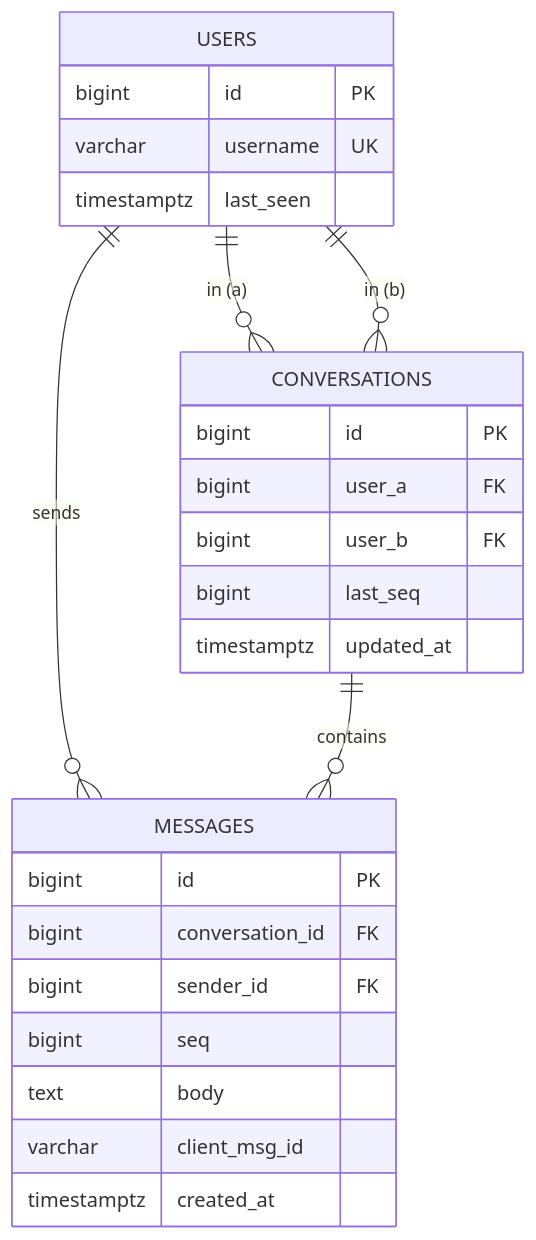
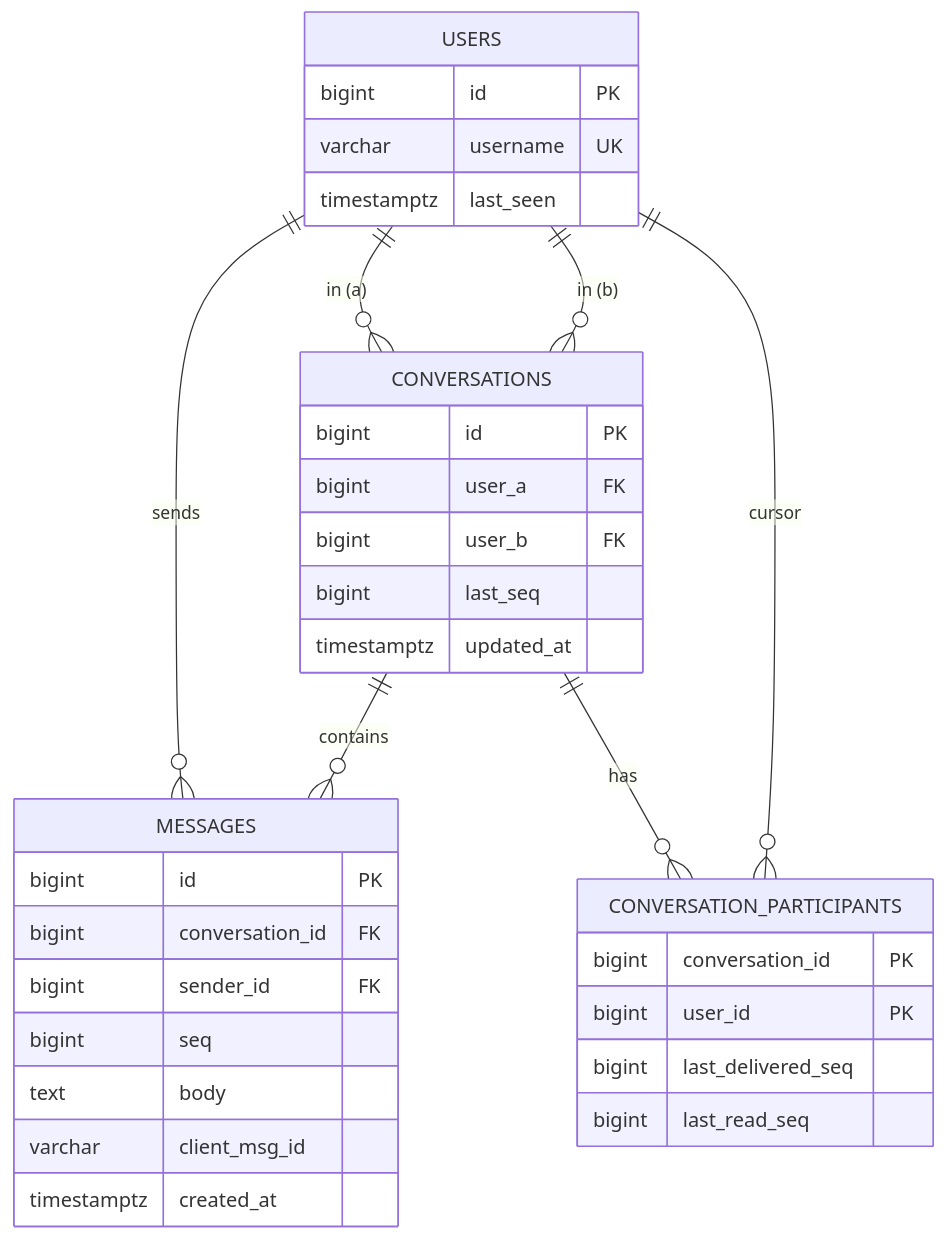
Before and after one commit to psquared-dev/java-questions: the first of 4 diagrams in system-design/new/04. whatsapp.md, drawn with Mermaid. The commit also changed other lines of this file, not shown here.

````diff
--- a/system-design/new/04. whatsapp.md
+++ b/system-design/new/04. whatsapp.md
@@ -102,29 +103,37 @@
 ```mermaid
 erDiagram
     USERS ||--o{ CONVERSATIONS: "in (a)"
     USERS ||--o{ CONVERSATIONS: "in (b)"
     USERS ||--o{ MESSAGES: sends
     CONVERSATIONS ||--o{ MESSAGES: contains
+    CONVERSATIONS ||--o{ CONVERSATION_PARTICIPANTS: has
+    USERS ||--o{ CONVERSATION_PARTICIPANTS: cursor
 
     USERS {
         bigint id PK
         varchar username UK
         timestamptz last_seen
     }
     CONVERSATIONS {
         bigint id PK
         bigint user_a FK
         bigint user_b FK
         bigint last_seq
         timestamptz updated_at
     }
     MESSAGES {
         bigint id PK
         bigint conversation_id FK
         bigint sender_id FK
         bigint seq
         text body
         varchar client_msg_id
         timestamptz created_at
     }
+    CONVERSATION_PARTICIPANTS {
+        bigint conversation_id PK
+        bigint user_id PK
+        bigint last_delivered_seq
+        bigint last_read_seq
+    }
 ```
````
